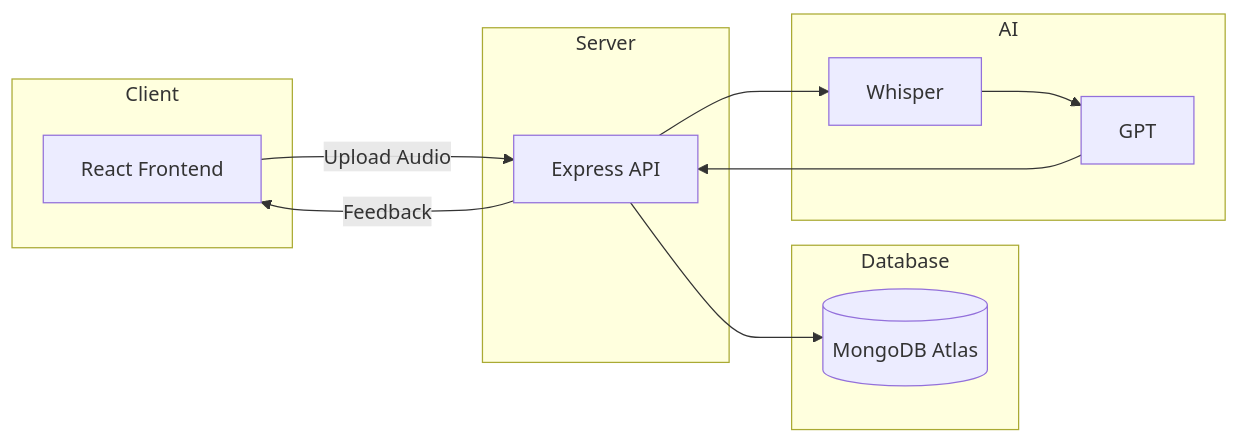
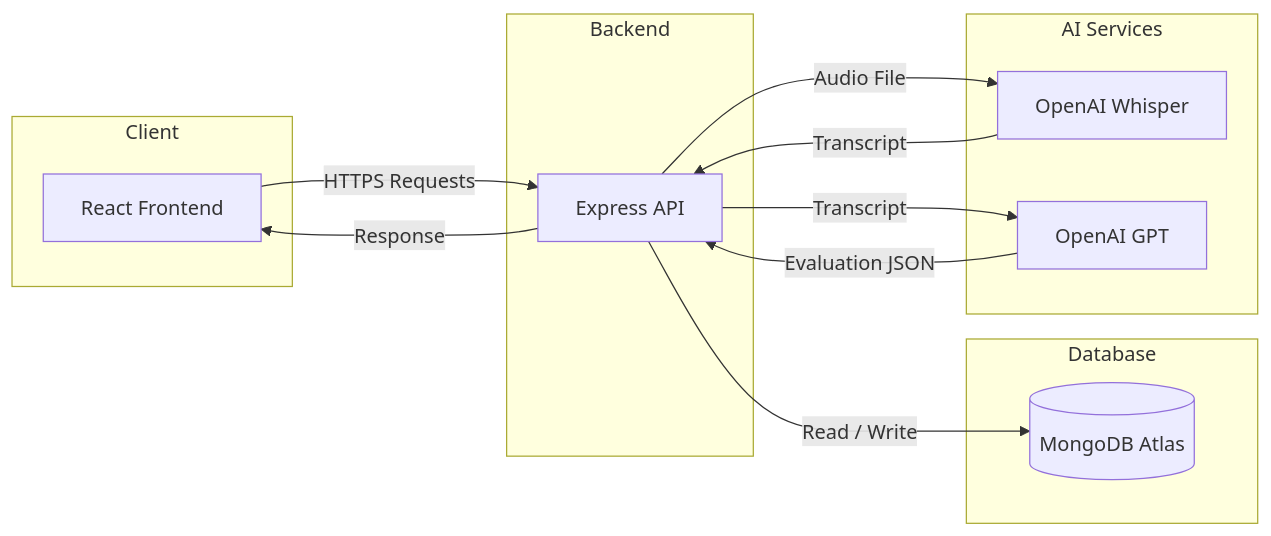
One commit to Sahil-Khatik-018/SpeakForge-AI changed the diagram in docs/05-System-Architecture.md. Above: the diagram before and after it, drawn with Mermaid. The commit also changed other lines of this file, not shown here.

Commit message:
docs/ : add system architecture

````diff
--- a/docs/05-System-Architecture.md
+++ b/docs/05-System-Architecture.md
@@ -5,28 +11,34 @@
 ```mermaid
 flowchart LR
 
 subgraph Client
 A[React Frontend]
 end
 
-subgraph Server
+subgraph Backend
 B[Express API]
 end
 
 subgraph Database
 C[(MongoDB Atlas)]
 end
 
-subgraph AI
-D[Whisper]
-E[GPT]
+subgraph AI Services
+D[OpenAI Whisper]
+E[OpenAI GPT]
 end
 
-A -->|Upload Audio| B
-B --> C
-B --> D
-D --> E
-E --> B
-B -->|Feedback| A
+A -->|HTTPS Requests| B
 
+B -->|Read / Write| C
+
+B -->|Audio File| D
+
+D -->|Transcript| B
+
+B -->|Transcript| E
+
+E -->|Evaluation JSON| B
+
+B -->|Response| A
 ```
````
